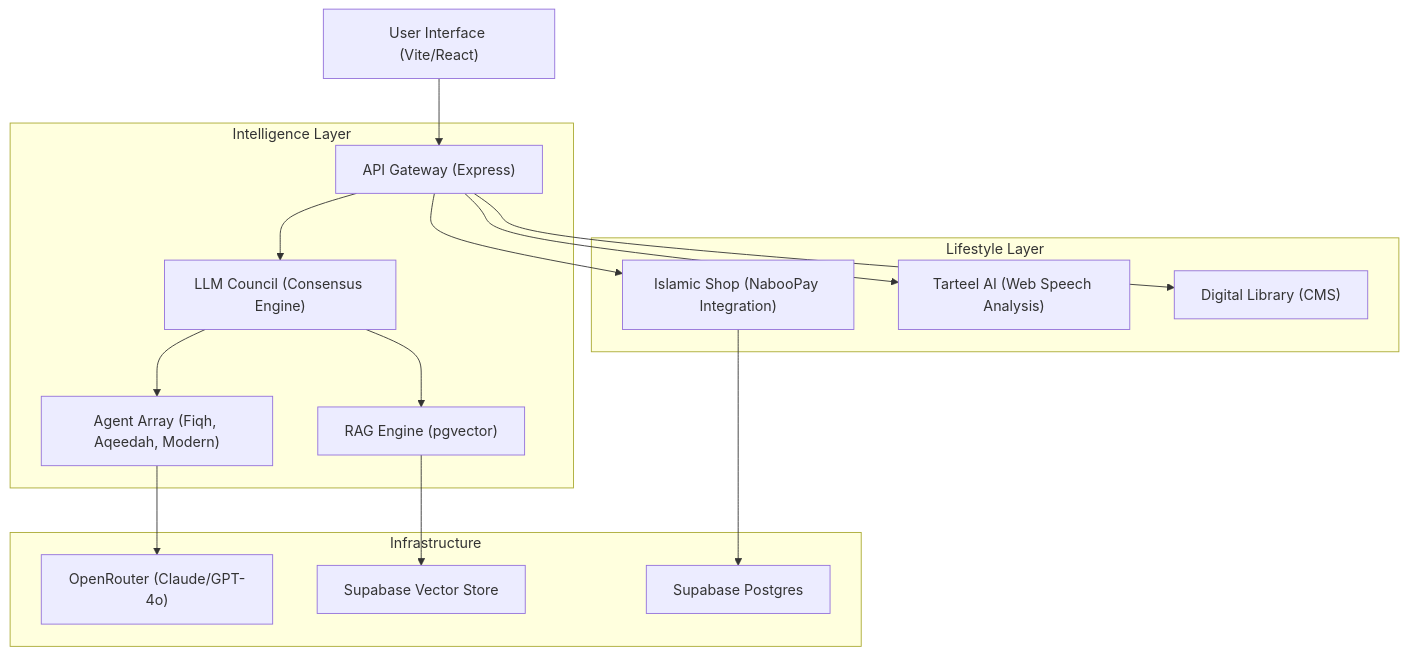
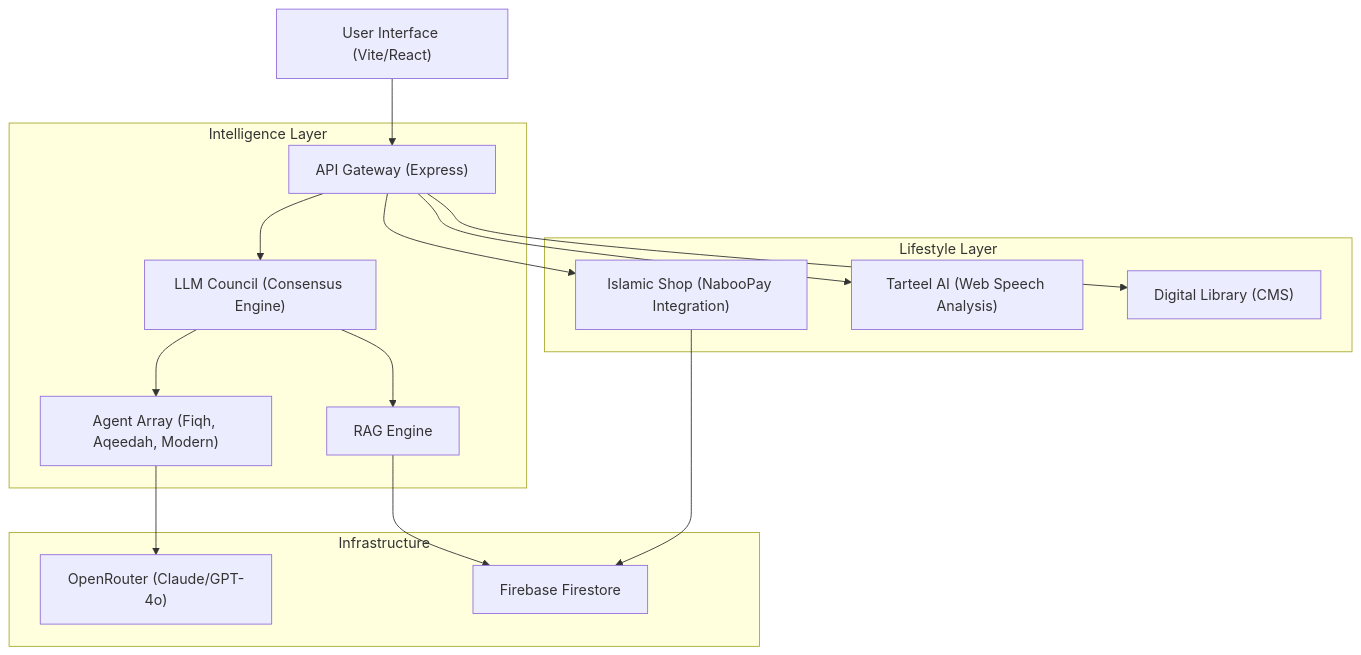
The diagram in README.md (utachicodes/gestusadine), drawn with Mermaid before and after one commit. The commit also changed other lines of this file and 177 other files, not shown here.

````diff
--- a/README.md
+++ b/README.md
@@ -22,22 +22,22 @@
 ```mermaid
 graph TD
     User["User Interface (Vite/React)"] --> Gateway["API Gateway (Express)"]
     
     subgraph " Intelligence Layer"
         Gateway --> Council["LLM Council (Consensus Engine)"]
         Council --> Agents["Agent Array (Fiqh, Aqeedah, Modern)"]
-        Council --> RAG["RAG Engine (pgvector)"]
+        Council --> RAG["RAG Engine"]
     end
     
     subgraph " Lifestyle Layer"
         Gateway --> Shop["Islamic Shop (NabooPay Integration)"]
         Gateway --> Tarteel["Tarteel AI (Web Speech Analysis)"]
         Gateway --> Library["Digital Library (CMS)"]
     end
     
     subgraph " Infrastructure"
         Agents --> OpenRouter["OpenRouter (Claude/GPT-4o)"]
-        RAG --> SupaVector["Supabase Vector Store"]
-        Shop --> SupaDB["Supabase Postgres"]
+        RAG --> Firestore["Firebase Firestore"]
+        Shop --> Firestore["Firebase Firestore"]
     end
 ```
````
